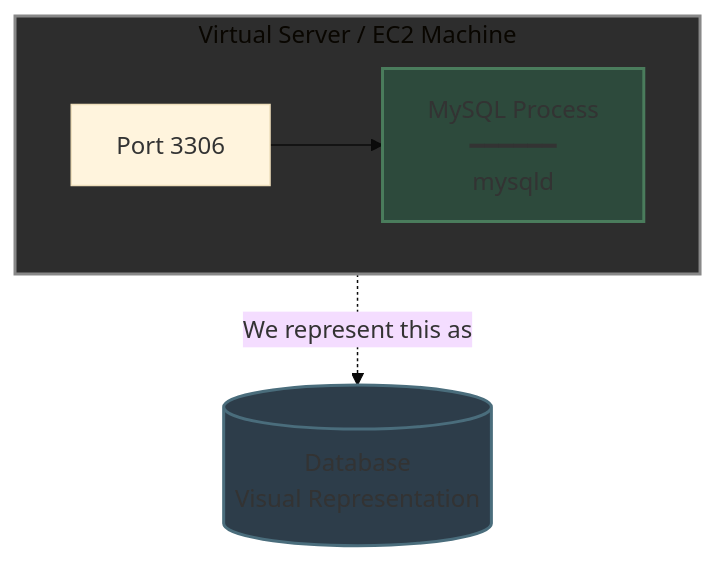
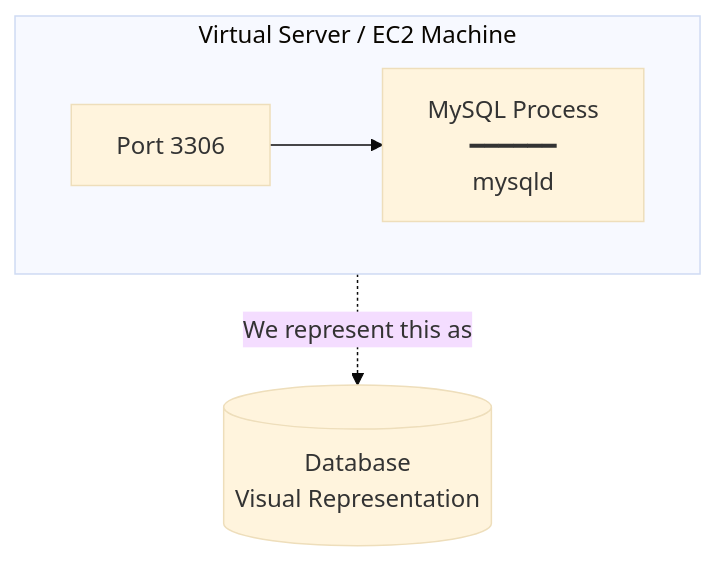
Before and after one commit to Yash-Kavaiya/The-System-Design-Masterclass: the second of 21 diagrams in system design beginner/8. Sharding and Partitioning.md, drawn with Mermaid (base theme). The commit also changed other lines of this file, not shown here.

````diff
--- a/system design beginner/8. Sharding and Partitioning.md
+++ b/system design beginner/8. Sharding and Partitioning.md
@@ -36,17 +33,14 @@
 ```mermaid
 graph TB
     subgraph EC2["Virtual Server / EC2 Machine"]
         PORT[Port 3306]
         MYSQL[MySQL Process<br/>━━━━━━<br/>mysqld]
         
         PORT --> MYSQL
     end
     
     DB_ICON[(Database<br/>Visual Representation)]
     
     EC2 -.->|We represent this as| DB_ICON
     
-    style EC2 fill:#2d2d2d,stroke:#888,stroke-width:2px
-    style MYSQL fill:#2d4a3c,stroke:#4a7c5c,stroke-width:2px
-    style DB_ICON fill:#2d3d4a,stroke:#4a6d7c,stroke-width:2px
 ```
````
